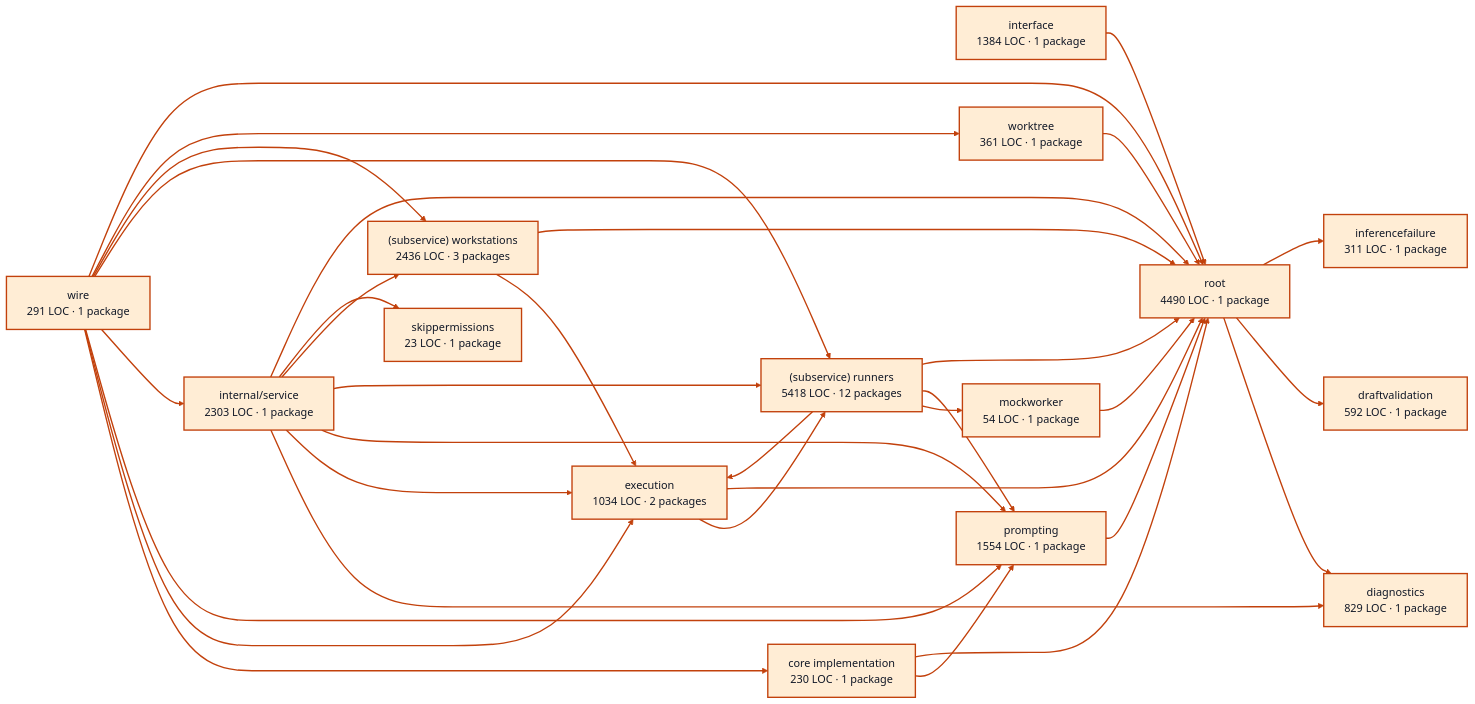
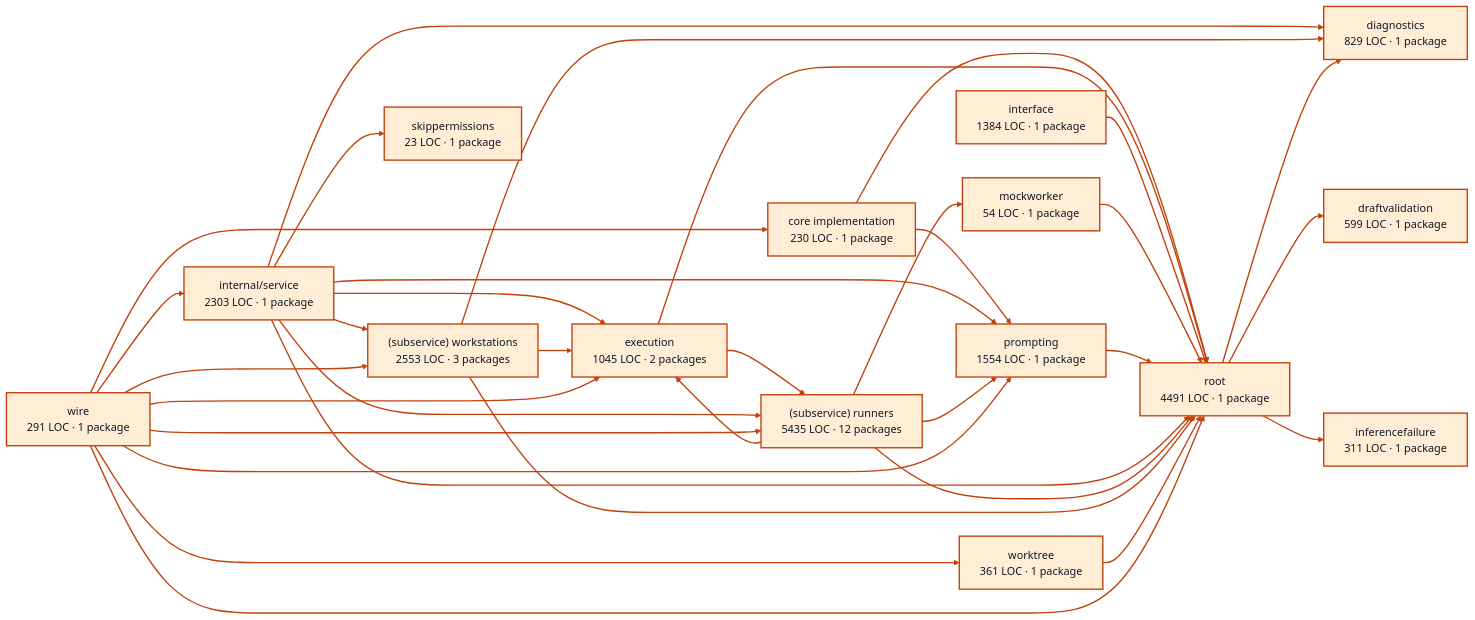
One commit to portpowered/you-agent-factory changed the diagram in docs/architecture/visualizations/services/workers.md. Above: the diagram before and after it, drawn with Mermaid. The commit also changed other lines of this file and 20 other files, not shown here.

Commit message:
docs: refresh backend architecture visualizations

````diff
--- a/docs/architecture/visualizations/services/workers.md
+++ b/docs/architecture/visualizations/services/workers.md
@@ -11,66 +11,67 @@
 ```mermaid
 flowchart LR
   p0["core implementation<br/>230 LOC · 1 package"]
   p1["diagnostics<br/>829 LOC · 1 package"]
-  p2["draftvalidation<br/>592 LOC · 1 package"]
-  p3["execution<br/>1034 LOC · 2 packages"]
+  p2["draftvalidation<br/>599 LOC · 1 package"]
+  p3["execution<br/>1045 LOC · 2 packages"]
   p4["inferencefailure<br/>311 LOC · 1 package"]
   p5["interface<br/>1384 LOC · 1 package"]
   p6["mockworker<br/>54 LOC · 1 package"]
   p7["prompting<br/>1554 LOC · 1 package"]
   p8["internal/service<br/>2303 LOC · 1 package"]
-  p9["(subservice) runners<br/>5418 LOC · 12 packages"]
-  p10["(subservice) workstations<br/>2436 LOC · 3 packages"]
+  p9["(subservice) runners<br/>5435 LOC · 12 packages"]
+  p10["(subservice) workstations<br/>2553 LOC · 3 packages"]
   p11["skippermissions<br/>23 LOC · 1 package"]
   p12["worktree<br/>361 LOC · 1 package"]
-  p13["root<br/>4490 LOC · 1 package"]
+  p13["root<br/>4491 LOC · 1 package"]
   p14["wire<br/>291 LOC · 1 package"]
   p0 --> p7
   p0 --> p13
   p3 --> p9
   p3 --> p13
   p5 --> p13
   p6 --> p13
   p7 --> p13
   p8 --> p1
   p8 --> p3
   p8 --> p7
   p8 --> p9
   p8 --> p10
   p8 --> p11
   p8 --> p13
   p9 --> p3
   p9 --> p6
   p9 --> p7
   p9 --> p13
+  p10 --> p1
   p10 --> p3
   p10 --> p13
   p12 --> p13
   p13 --> p1
   p13 --> p2
   p13 --> p4
   p14 --> p0
   p14 --> p3
   p14 --> p7
   p14 --> p8
   p14 --> p9
   p14 --> p10
   p14 --> p12
   p14 --> p13
   style p0 fill:#ffedd5,stroke:#c2410c,stroke-width:2px,color:#111827
   style p1 fill:#ffedd5,stroke:#c2410c,stroke-width:2px,color:#111827
   style p2 fill:#ffedd5,stroke:#c2410c,stroke-width:2px,color:#111827
   style p3 fill:#ffedd5,stroke:#c2410c,stroke-width:2px,color:#111827
   style p4 fill:#ffedd5,stroke:#c2410c,stroke-width:2px,color:#111827
   style p5 fill:#ffedd5,stroke:#c2410c,stroke-width:2px,color:#111827
   style p6 fill:#ffedd5,stroke:#c2410c,stroke-width:2px,color:#111827
   style p7 fill:#ffedd5,stroke:#c2410c,stroke-width:2px,color:#111827
   style p8 fill:#ffedd5,stroke:#c2410c,stroke-width:2px,color:#111827
   style p9 fill:#ffedd5,stroke:#c2410c,stroke-width:2px,color:#111827
   style p10 fill:#ffedd5,stroke:#c2410c,stroke-width:2px,color:#111827
   style p11 fill:#ffedd5,stroke:#c2410c,stroke-width:2px,color:#111827
   style p12 fill:#ffedd5,stroke:#c2410c,stroke-width:2px,color:#111827
   style p13 fill:#ffedd5,stroke:#c2410c,stroke-width:2px,color:#111827
   style p14 fill:#ffedd5,stroke:#c2410c,stroke-width:2px,color:#111827
   linkStyle default stroke:#c2410c,stroke-width:2px
 ```
````
